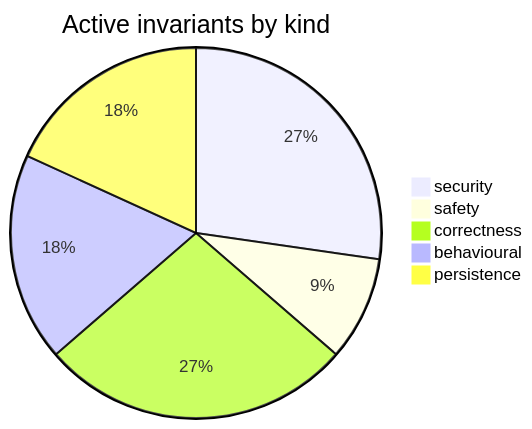
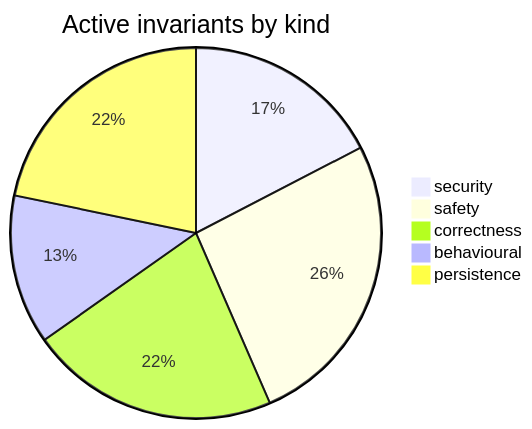
Before and after one commit to Lbstrydom/claude-engineering-skills: the diagram in docs/requirements-map.md, drawn with Mermaid. The commit also changed other lines of this file and 13 other files, not shown here.

````diff
--- a/docs/requirements-map.md
+++ b/docs/requirements-map.md
@@ -7,8 +7,8 @@
 ```mermaid
 pie title Active invariants by kind
-  "security" : 3
-  "safety" : 1
-  "correctness" : 3
-  "behavioural" : 2
-  "persistence" : 2
+  "security" : 4
+  "safety" : 6
+  "correctness" : 5
+  "behavioural" : 3
+  "persistence" : 5
 ```
````
